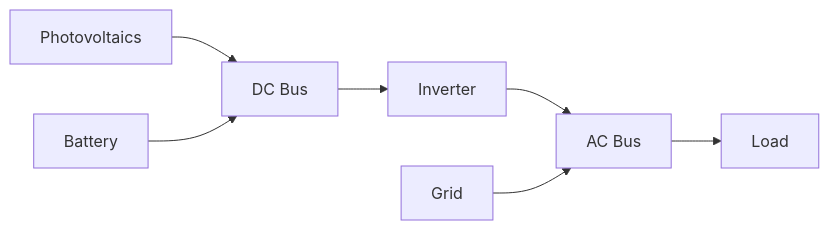
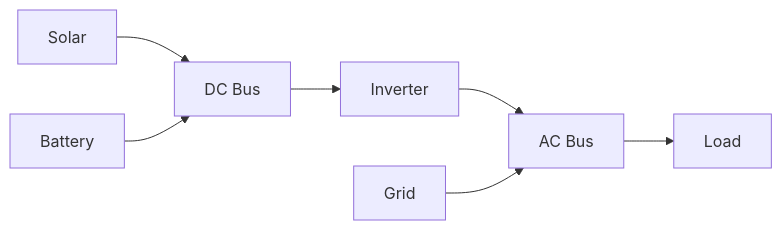
The first of 2 diagrams in docs/developer-guide/documentation-guidelines.md (hass-energy/haeo), drawn with Mermaid before and after one commit. The commit also changed other lines of this file and 47 other files, not shown here.

Commit message:
Rename photovoltaics to solar

````diff
--- a/docs/developer-guide/documentation-guidelines.md
+++ b/docs/developer-guide/documentation-guidelines.md
@@ -158,9 +158,9 @@
 ```mermaid
 graph LR
-    Solar[Photovoltaics] --> DCBus[DC Bus]
+    Solar[Solar] --> DCBus[DC Bus]
     Battery[Battery] --> DCBus
     DCBus --> Inverter[Inverter]
     Inverter --> ACBus[AC Bus]
     Grid[Grid] --> ACBus
     ACBus --> Load[Load]
 ```
````
